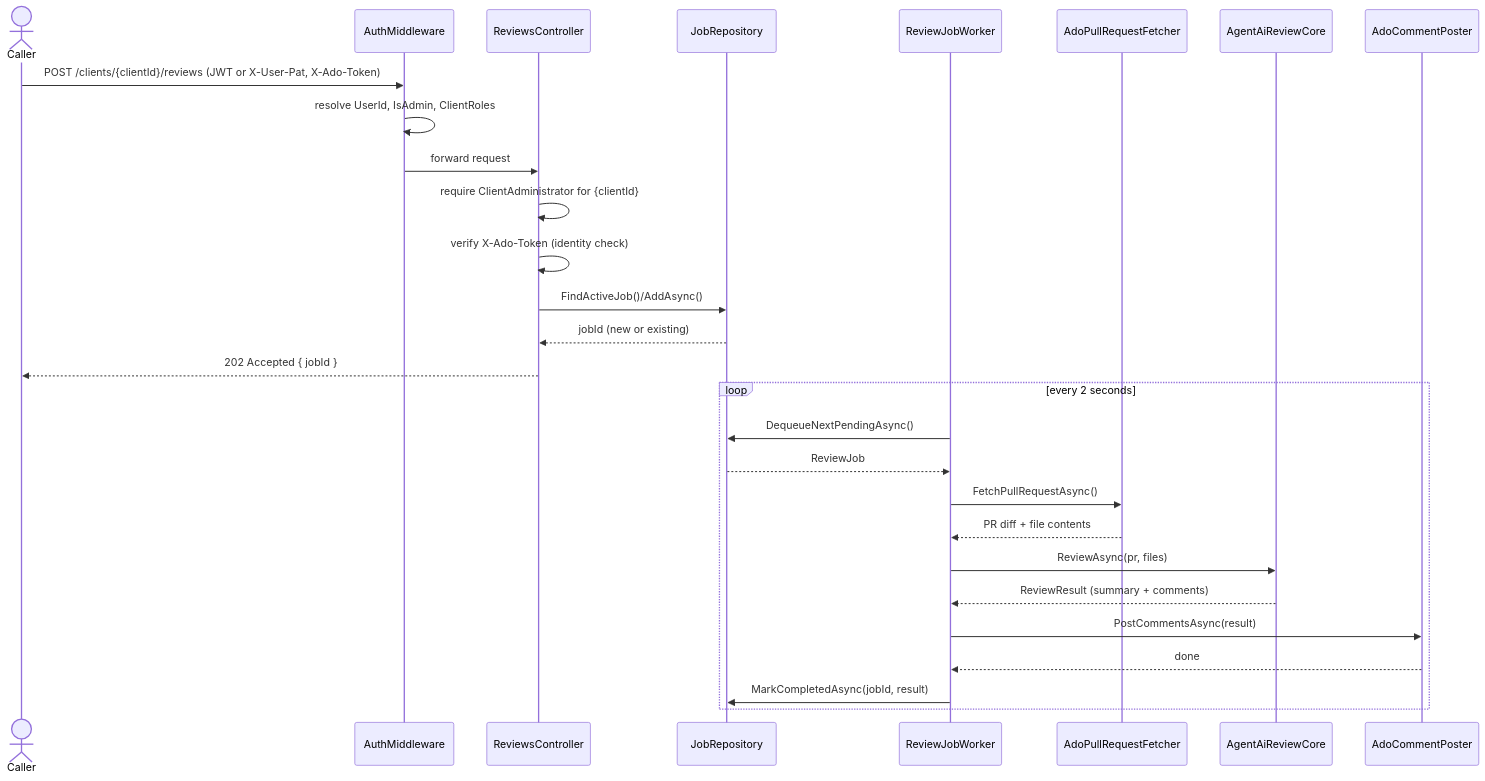
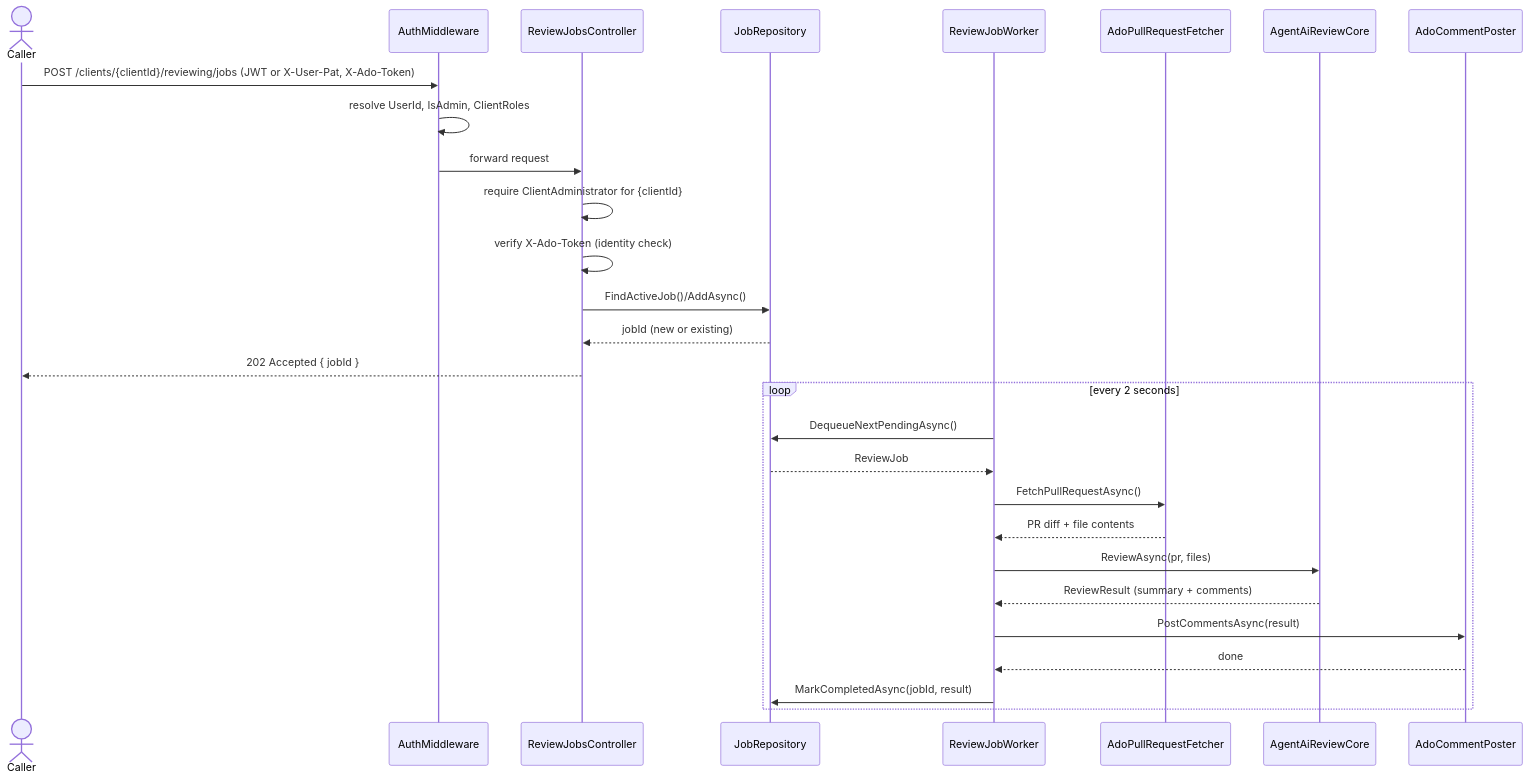
One commit to meister-dev-ai/propr changed the second of 16 diagrams in docs/architecture.md. Above: the diagram before and after it, drawn with Mermaid. The commit also changed other lines of this file and 160 other files, not shown here.

First line of the commit message:
Refactored source code to be structured as vertical slice architecture

````diff
--- a/docs/architecture.md
+++ b/docs/architecture.md
@@ -66,32 +87,32 @@
 ```mermaid
 sequenceDiagram
     actor Caller
     participant MW as AuthMiddleware
-    participant RC as ReviewsController
+    participant RC as ReviewJobsController
     participant JR as JobRepository
     participant WK as ReviewJobWorker
     participant PF as AdoPullRequestFetcher
     participant AI as AgentAiReviewCore
     participant CP as AdoCommentPoster
 
-    Caller->>MW: POST /clients/{clientId}/reviews (JWT or X-User-Pat, X-Ado-Token)
+    Caller->>MW: POST /clients/{clientId}/reviewing/jobs (JWT or X-User-Pat, X-Ado-Token)
     MW->>MW: resolve UserId, IsAdmin, ClientRoles
     MW->>RC: forward request
     RC->>RC: require ClientAdministrator for {clientId}
     RC->>RC: verify X-Ado-Token (identity check)
     RC->>JR: FindActiveJob()/AddAsync()
     JR-->>RC: jobId (new or existing)
     RC-->>Caller: 202 Accepted { jobId }
 
     loop every 2 seconds
         WK->>JR: DequeueNextPendingAsync()
         JR-->>WK: ReviewJob
         WK->>PF: FetchPullRequestAsync()
         PF-->>WK: PR diff + file contents
         WK->>AI: ReviewAsync(pr, files)
         AI-->>WK: ReviewResult (summary + comments)
         WK->>CP: PostCommentsAsync(result)
         CP-->>WK: done
         WK->>JR: MarkCompletedAsync(jobId, result)
     end
 ```
````
